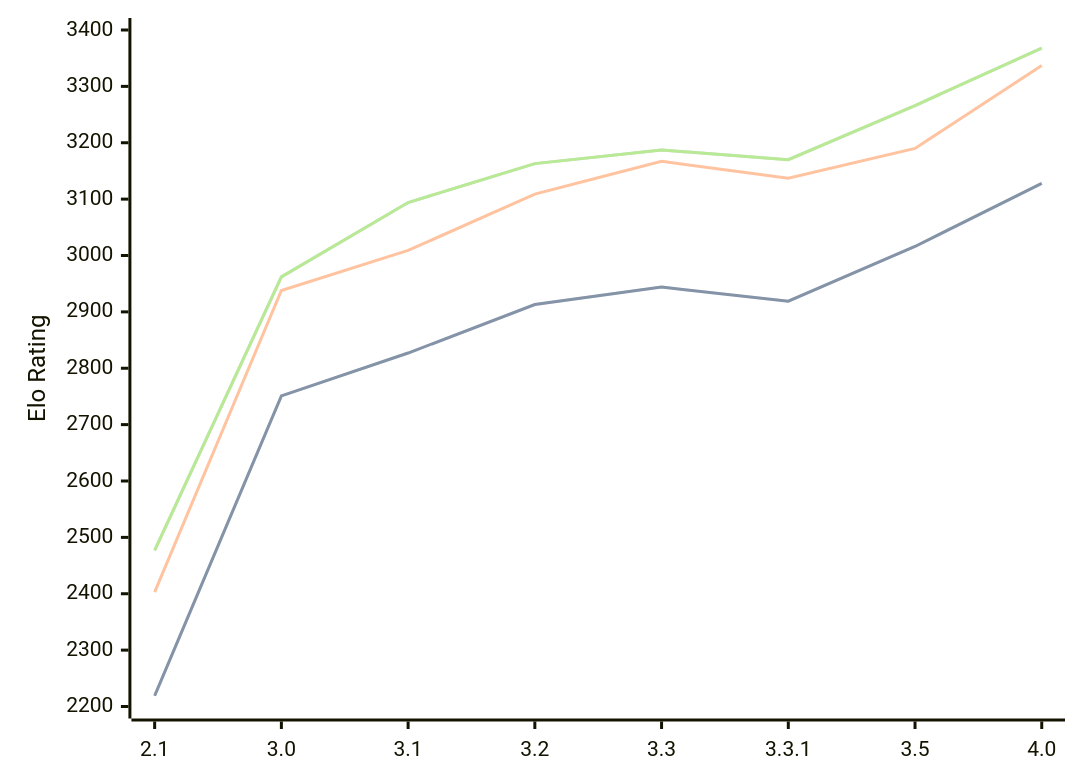
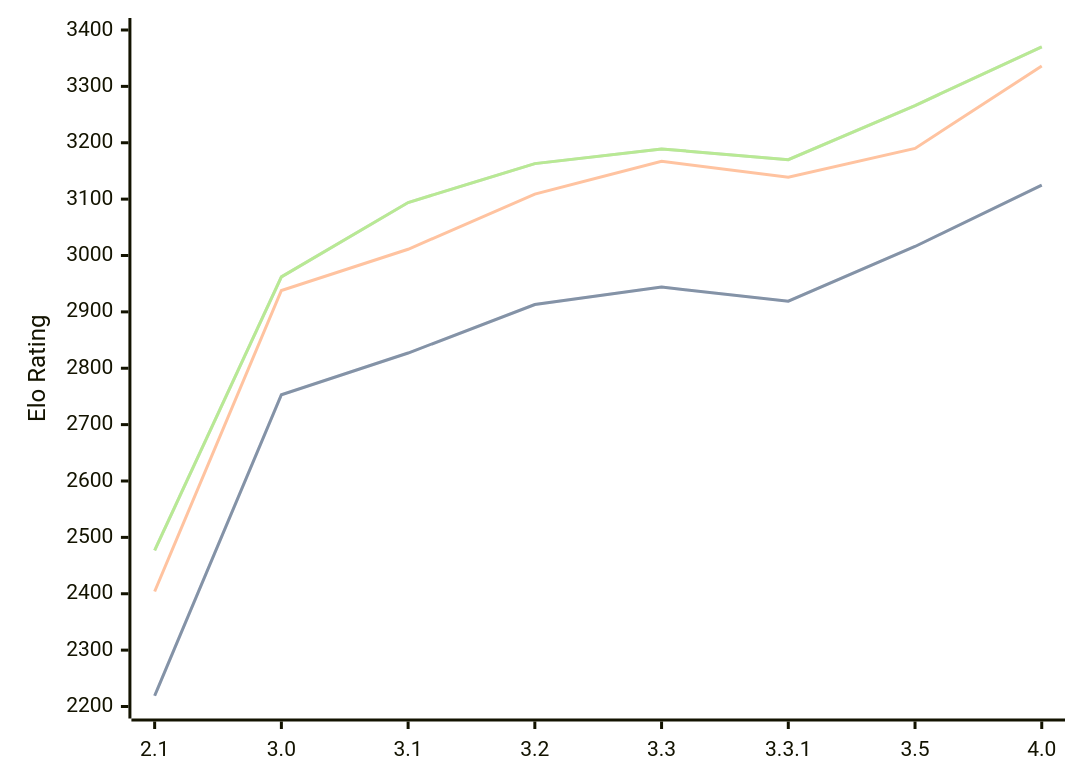
The diagram in engines/Petrel.md (computer-chess-index/cci), drawn with Mermaid before and after one commit. The commit also changed other lines of this file, not shown here.

Commit message:
Update CCI Ratings (ELO VLTC) - 2026-08-23

````diff
--- a/engines/Petrel.md
+++ b/engines/Petrel.md
@@ -38,11 +38,11 @@
 ```mermaid
 %%{init: {"theme":"base","themeVariables":{"seriesColors:['#a3a3a3','#222221','#faa371']}}}%%
 xychart-beta
   x-axis ["2.1", "3.0", "3.1", "3.2", "3.3", "3.3.1", "3.5", "4.0"]
   y-axis "Elo Rating" 2200 --> 3400
-  line "STC (8.0+0.08s)" [2219, 2751, 2827, 2913, 2944, 2919, 3016, 3128]
-  line "STC (8.0+0.08s)" [2219, 2751, 2827, 2913, 2944, 2919, 3016, 3128]
-  line "LTC (60.0+0.60s)" [2403, 2938, 3009, 3109, 3167, 3137, 3190, 3337]
-  line "VLTC (2m24s+1.12s)" [2477, 2962, 3094, 3163, 3187, 3170, 3266, 3368]
-  line "VLTC (2m24s+1.12s)" [2477, 2962, 3094, 3163, 3187, 3170, 3266, 3368]
+  line "STC (8.0+0.08s)" [2219, 2753, 2827, 2913, 2944, 2919, 3016, 3125]
+  line "STC (8.0+0.08s)" [2219, 2753, 2827, 2913, 2944, 2919, 3016, 3125]
+  line "LTC (60.0+0.60s)" [2404, 2938, 3011, 3109, 3167, 3139, 3190, 3336]
+  line "VLTC (2m24s+1.12s)" [2477, 2962, 3094, 3163, 3189, 3170, 3266, 3370]
+  line "VLTC (2m24s+1.12s)" [2477, 2962, 3094, 3163, 3189, 3170, 3266, 3370]
 ```
````
